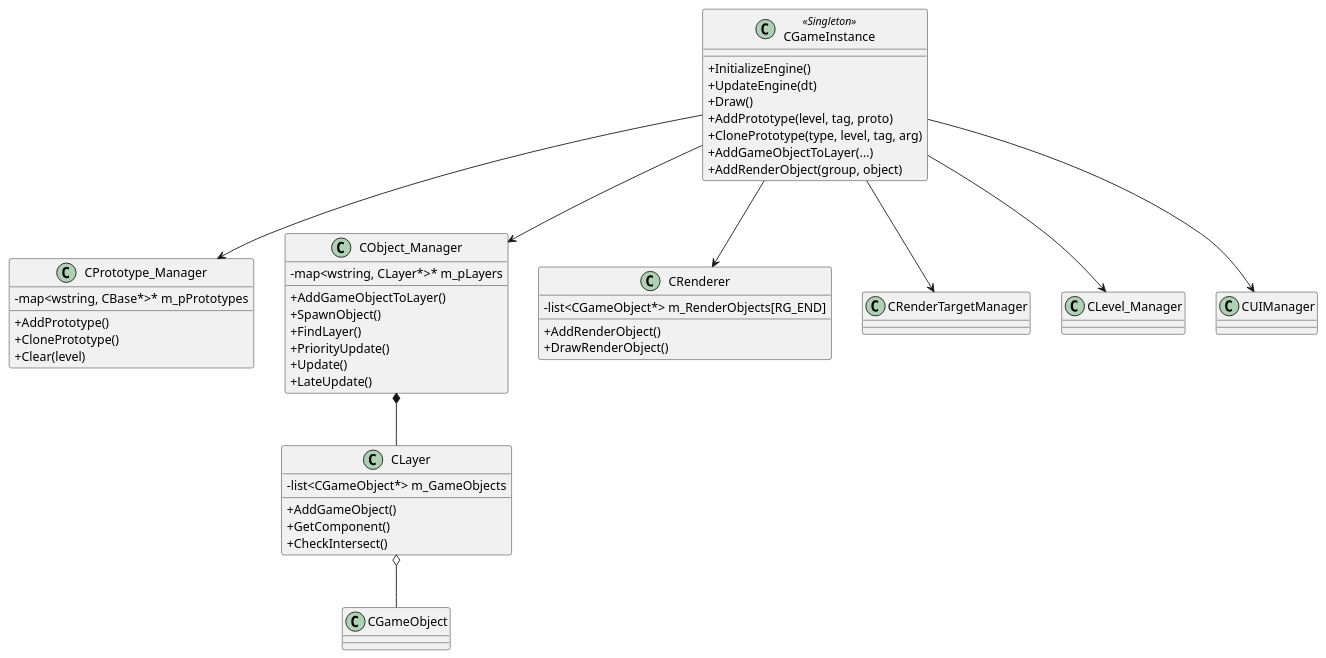
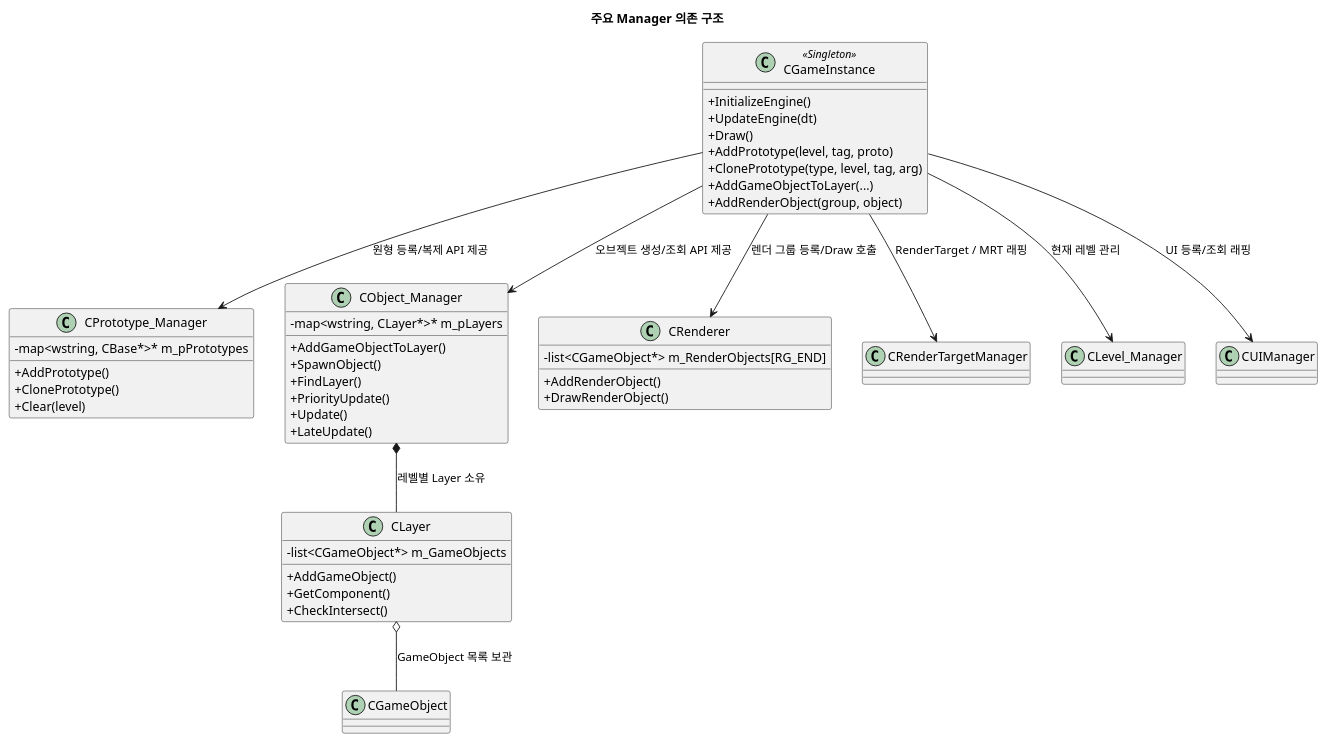
Before and after one commit to starkshn/md-docs: the diagram in shared/uml/ManagerStructure.puml, drawn with PlantUML. The commit also changed 24 other files, not shown here.

Commit message:
docs: localize PlantUML labels to Korean

```diff
--- a/shared/uml/ManagerStructure.puml
+++ b/shared/uml/ManagerStructure.puml
@@ -1,50 +1,53 @@
 @startuml
 skinparam classAttributeIconSize 0
+
+title 주요 Manager 의존 구조
+
 class CGameInstance <<Singleton>> {
   +InitializeEngine()
   +UpdateEngine(dt)
   +Draw()
   +AddPrototype(level, tag, proto)
   +ClonePrototype(type, level, tag, arg)
   +AddGameObjectToLayer(...)
   +AddRenderObject(group, object)
 }
 class CPrototype_Manager {
   -map<wstring, CBase*>* m_pPrototypes
   +AddPrototype()
   +ClonePrototype()
   +Clear(level)
 }
 class CObject_Manager {
   -map<wstring, CLayer*>* m_pLayers
   +AddGameObjectToLayer()
   +SpawnObject()
   +FindLayer()
   +PriorityUpdate()
   +Update()
   +LateUpdate()
 }
 class CLayer {
   -list<CGameObject*> m_GameObjects
   +AddGameObject()
   +GetComponent()
   +CheckIntersect()
 }
 class CRenderer {
   -list<CGameObject*> m_RenderObjects[RG_END]
   +AddRenderObject()
   +DrawRenderObject()
 }
 class CRenderTargetManager
 class CLevel_Manager
 class CUIManager
 
-CGameInstance --> CPrototype_Manager
-CGameInstance --> CObject_Manager
-CGameInstance --> CRenderer
-CGameInstance --> CRenderTargetManager
-CGameInstance --> CLevel_Manager
-CGameInstance --> CUIManager
-CObject_Manager *-- CLayer
-CLayer o-- CGameObject
+CGameInstance --> CPrototype_Manager : 원형 등록/복제 API 제공
+CGameInstance --> CObject_Manager : 오브젝트 생성/조회 API 제공
+CGameInstance --> CRenderer : 렌더 그룹 등록/Draw 호출
+CGameInstance --> CRenderTargetManager : RenderTarget / MRT 래핑
+CGameInstance --> CLevel_Manager : 현재 레벨 관리
+CGameInstance --> CUIManager : UI 등록/조회 래핑
+CObject_Manager *-- CLayer : 레벨별 Layer 소유
+CLayer o-- CGameObject : GameObject 목록 보관
 @enduml
```
